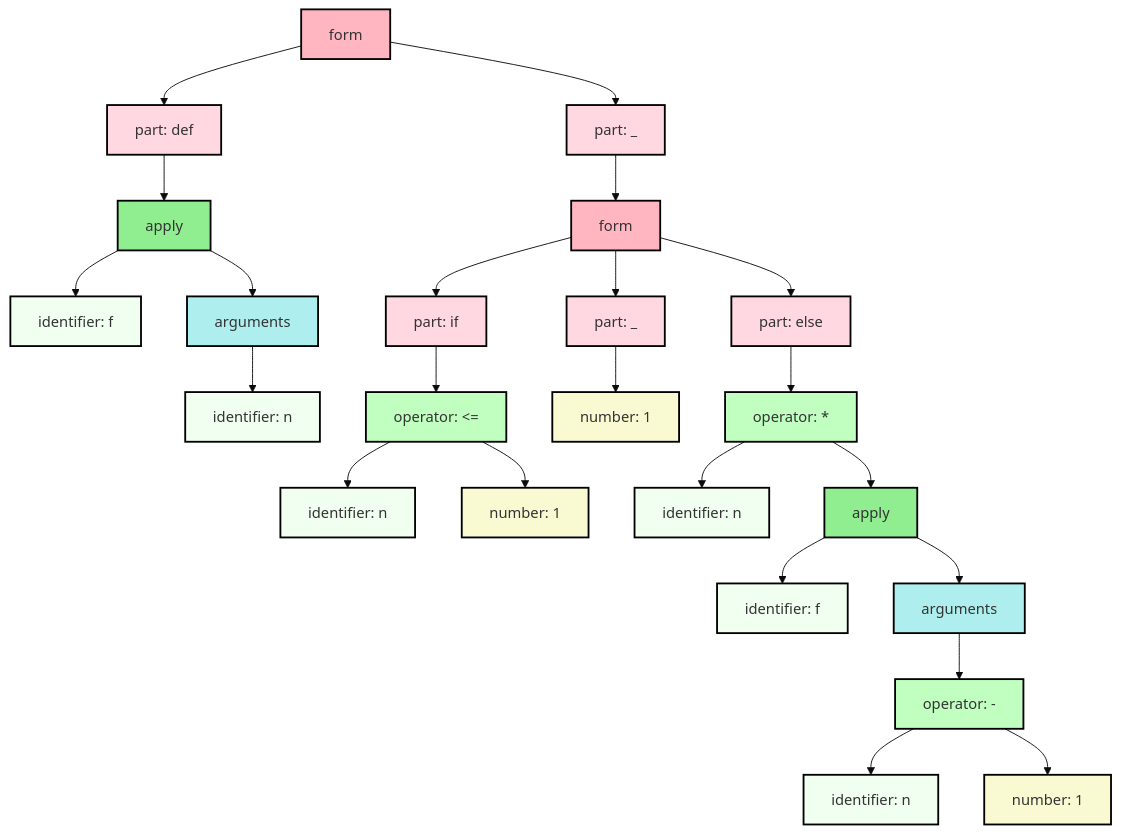
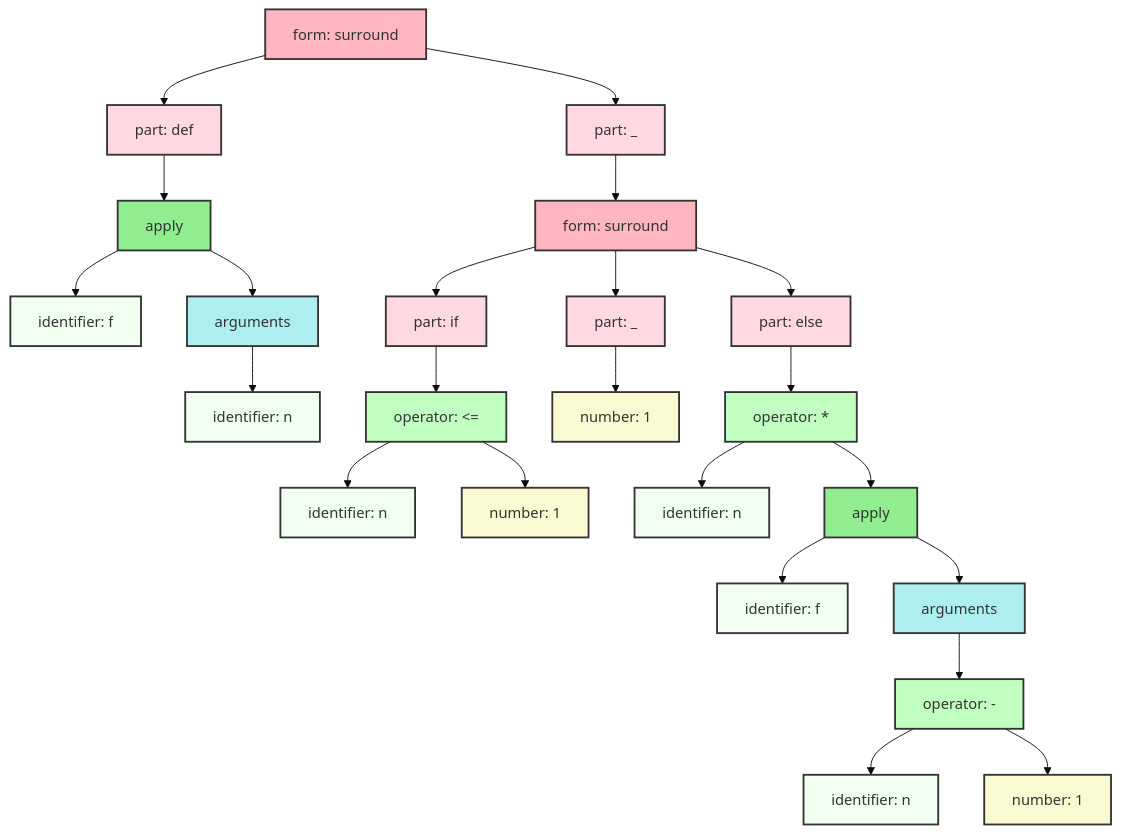
The diagram in README.md (monogram-project/monogram-go), drawn with Mermaid (base theme) before and after one commit. The commit also changed other lines of this file and 10 other files, not shown here.

````diff
--- a/README.md
+++ b/README.md
@@ -72,56 +72,56 @@
 ```mermaid
 graph TD
-  126587637945888["form"]:::custom_form;
-  126587637945968["part: def"]:::custom_part;
-  126587637945888 --> 126587637945968;
-  126587637946048["apply"]:::custom_apply;
-  126587637945968 --> 126587637946048;
-  126587637946128["identifier: f"]:::custom_identifier;
-  126587637946048 --> 126587637946128;
-  126587637946208["arguments"]:::custom_arguments;
-  126587637946048 --> 126587637946208;
-  126587637946288["identifier: n"]:::custom_identifier;
-  126587637946208 --> 126587637946288;
-  126587637946368["part: _"]:::custom_part;
-  126587637945888 --> 126587637946368;
-  126587637946448["form"]:::custom_form;
-  126587637946368 --> 126587637946448;
-  126587637946528["part: if"]:::custom_part;
-  126587637946448 --> 126587637946528;
-  126587637946608["operator: <="]:::custom_operator;
-  126587637946528 --> 126587637946608;
-  126587637946688["identifier: n"]:::custom_identifier;
-  126587637946608 --> 126587637946688;
-  126587637946768["number: 1"]:::custom_number;
-  126587637946608 --> 126587637946768;
-  126587637946848["part: _"]:::custom_part;
-  126587637946448 --> 126587637946848;
-  126587637946928["number: 1"]:::custom_number;
-  126587637946848 --> 126587637946928;
-  126587637947008["part: else"]:::custom_part;
-  126587637946448 --> 126587637947008;
-  126587637947088["operator: *"]:::custom_operator;
-  126587637947008 --> 126587637947088;
-  126587637947168["identifier: n"]:::custom_identifier;
-  126587637947088 --> 126587637947168;
-  126587637947248["apply"]:::custom_apply;
-  126587637947088 --> 126587637947248;
-  126587637947408["identifier: f"]:::custom_identifier;
-  126587637947248 --> 126587637947408;
-  126587637947568["arguments"]:::custom_arguments;
-  126587637947248 --> 126587637947568;
-  126587637947728["operator: -"]:::custom_operator;
-  126587637947568 --> 126587637947728;
-  126587637947888["identifier: n"]:::custom_identifier;
-  126587637947728 --> 126587637947888;
-  126587637948048["number: 1"]:::custom_number;
-  126587637947728 --> 126587637948048;
+  137321037236880["form: surround"]:::custom_form;
+  137321037236960["part: def"]:::custom_part;
+  137321037236880 --> 137321037236960;
+  137321037237040["apply"]:::custom_apply;
+  137321037236960 --> 137321037237040;
+  137321037237120["identifier: f"]:::custom_identifier;
+  137321037237040 --> 137321037237120;
+  137321037237200["arguments"]:::custom_arguments;
+  137321037237040 --> 137321037237200;
+  137321037237280["identifier: n"]:::custom_identifier;
+  137321037237200 --> 137321037237280;
+  137321037237360["part: _"]:::custom_part;
+  137321037236880 --> 137321037237360;
+  137321037237440["form: surround"]:::custom_form;
+  137321037237360 --> 137321037237440;
+  137321037237520["part: if"]:::custom_part;
+  137321037237440 --> 137321037237520;
+  137321037237600["operator: <="]:::custom_operator;
+  137321037237520 --> 137321037237600;
+  137321037237680["identifier: n"]:::custom_identifier;
+  137321037237600 --> 137321037237680;
+  137321037237760["number: 1"]:::custom_number;
+  137321037237600 --> 137321037237760;
+  137321037237840["part: _"]:::custom_part;
+  137321037237440 --> 137321037237840;
+  137321037237920["number: 1"]:::custom_number;
+  137321037237840 --> 137321037237920;
+  137321037238000["part: else"]:::custom_part;
+  137321037237440 --> 137321037238000;
+  137321037238080["operator: *"]:::custom_operator;
+  137321037238000 --> 137321037238080;
+  137321037238160["identifier: n"]:::custom_identifier;
+  137321037238080 --> 137321037238160;
+  137321037238240["apply"]:::custom_apply;
+  137321037238080 --> 137321037238240;
+  137321037238400["identifier: f"]:::custom_identifier;
+  137321037238240 --> 137321037238400;
+  137321037238560["arguments"]:::custom_arguments;
+  137321037238240 --> 137321037238560;
+  137321037238720["operator: -"]:::custom_operator;
+  137321037238560 --> 137321037238720;
+  137321037238880["identifier: n"]:::custom_identifier;
+  137321037238720 --> 137321037238880;
+  137321037239040["number: 1"]:::custom_number;
+  137321037238720 --> 137321037239040;
 
-classDef custom_form fill:lightpink,stroke:#000,stroke-width:2px;
-classDef custom_part fill:#FFD8E1,stroke:#000,stroke-width:2px;
-classDef custom_apply fill:lightgreen,stroke:#000,stroke-width:2px;
-classDef custom_identifier fill:Honeydew,stroke:#000,stroke-width:2px;
-classDef custom_arguments fill:PaleTurquoise,stroke:#000,stroke-width:2px;
-classDef custom_operator fill:#C0FFC0,stroke:#000,stroke-width:2px;
-classDef custom_number fill:lightgoldenrodyellow,stroke:#000,stroke-width:2px;
+classDef custom_form fill:lightpink,stroke:#333,stroke-width:2px;
+classDef custom_part fill:#FFD8E1,stroke:#333,stroke-width:2px;
+classDef custom_apply fill:lightgreen,stroke:#333,stroke-width:2px;
+classDef custom_identifier fill:Honeydew,stroke:#333,stroke-width:2px;
+classDef custom_arguments fill:PaleTurquoise,stroke:#333,stroke-width:2px;
+classDef custom_operator fill:#C0FFC0,stroke:#333,stroke-width:2px;
+classDef custom_number fill:lightgoldenrodyellow,stroke:#333,stroke-width:2px;
 ```
````
